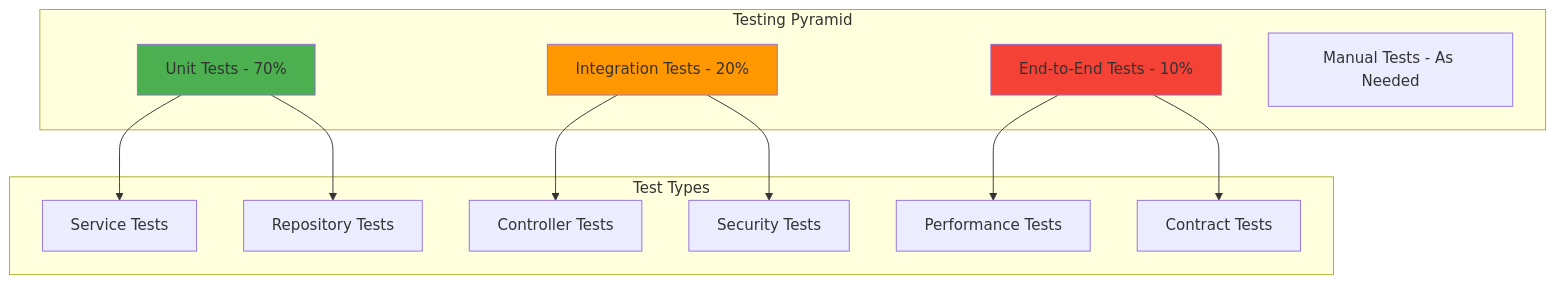
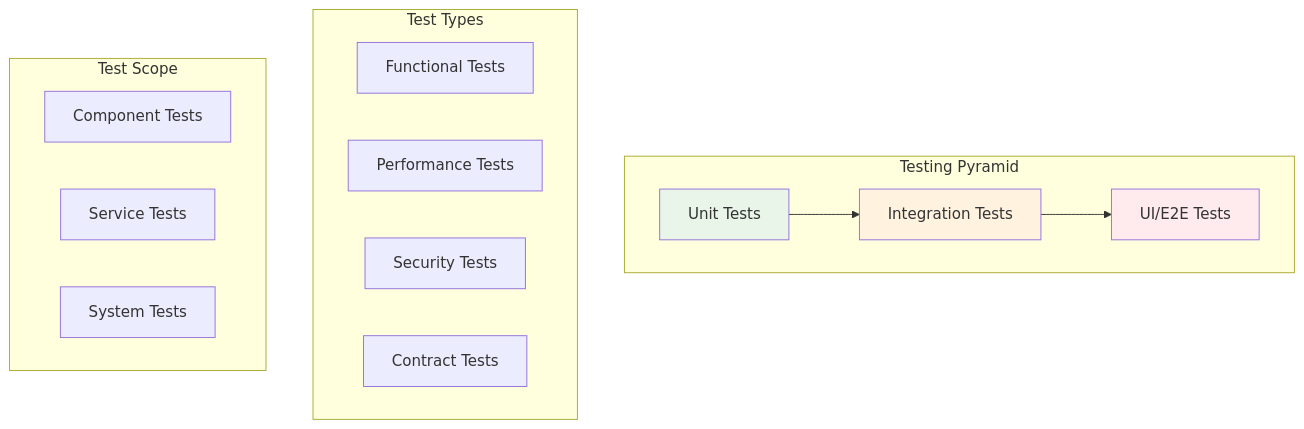
One commit to Praesto-Pro/openframe-oss-tenant changed the diagram in docs/development/testing/README.md. Above: the diagram before and after it, drawn with Mermaid. The commit also changed other lines of this file and 149 other files, not shown here.

````diff
--- a/docs/development/testing/README.md
+++ b/docs/development/testing/README.md
@@ -9,29 +9,28 @@
 ```mermaid
-graph TD
+flowchart TD
     subgraph "Testing Pyramid"
-        A[Unit Tests - 70%]
-        B[Integration Tests - 20%]  
-        C[End-to-End Tests - 10%]
-        D[Manual Tests - As Needed]
+        UI[UI/E2E Tests]
+        Integration[Integration Tests]
+        Unit[Unit Tests]
     end
     
+    Unit --> Integration
+    Integration --> UI
+    
     subgraph "Test Types"
-        E[Service Tests]
-        F[Repository Tests]
-        G[Controller Tests]
-        H[Security Tests]
-        I[Performance Tests]
-        J[Contract Tests]
+        Functional[Functional Tests]
+        Performance[Performance Tests]
+        Security[Security Tests]
+        Contract[Contract Tests]
     end
     
-    A --> E
-    A --> F
-    B --> G
-    B --> H
-    C --> I
-    C --> J
+    subgraph "Test Scope"
+        Component[Component Tests]
+        Service[Service Tests]
+        System[System Tests]
+    end
     
-    style A fill:#4caf50
-    style B fill:#ff9800
-    style C fill:#f44336
+    style Unit fill:#e8f5e8
+    style Integration fill:#fff3e0
+    style UI fill:#ffebee
 ```
````
